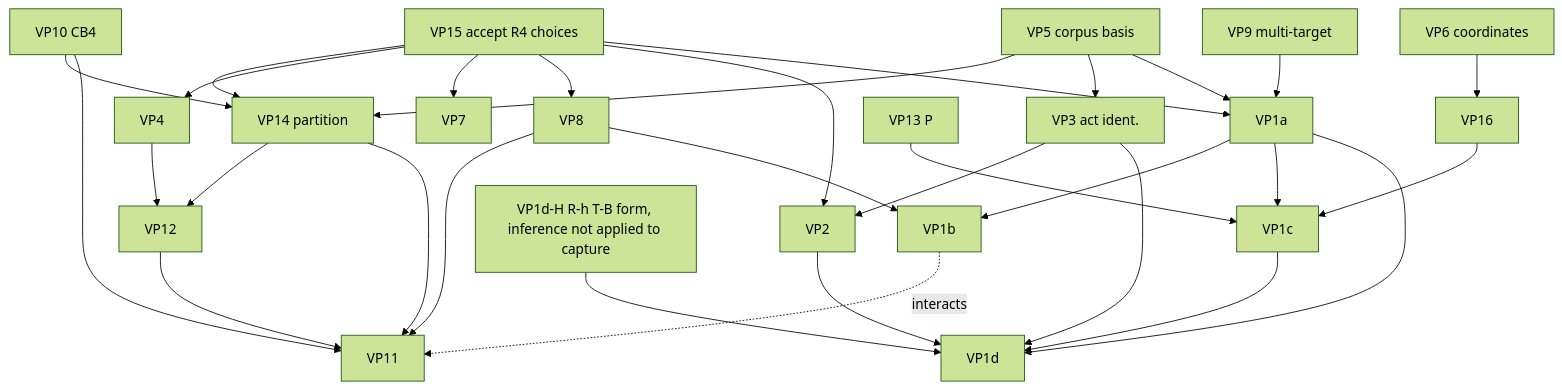
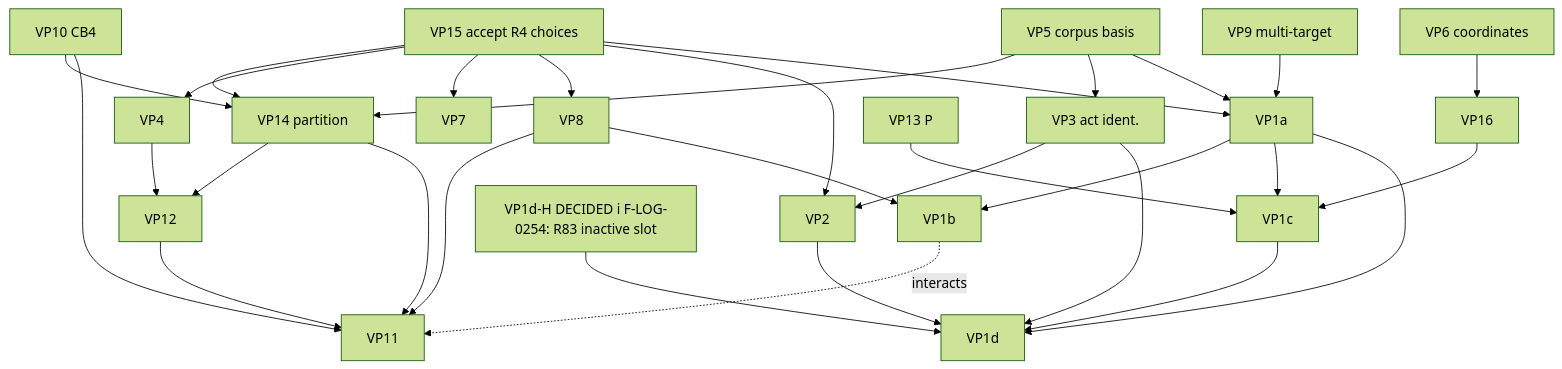
The diagram in docs/knowledgeos/chronological_knowelgeos_ablation_theory/analysis/theory/R7/VP-DECISION-REGISTER.md (dr-roshyara/nrna1), drawn with Mermaid (forest theme) before and after one commit. The commit also changed other lines of this file and 5 other files, not shown here.

First line of the commit message:
exec(knowledgeos): R7 post-closure amendment under F-LOG-0254 (VP1d-H = (i): R83 inactive T-B policy slot) — reviewed PASS; T1 r1.6, T2 r1.4, T3 r1.5, register r1.5, package r4.2

````diff
--- a/docs/knowledgeos/chronological_knowelgeos_ablation_theory/analysis/theory/R7/VP-DECISION-REGISTER.md
+++ b/docs/knowledgeos/chronological_knowelgeos_ablation_theory/analysis/theory/R7/VP-DECISION-REGISTER.md
@@ -78,33 +78,33 @@
 ```mermaid
 graph TD
   VP15[VP15 accept R4 choices] --> VP14
   VP15 --> VP4
   VP15 --> VP7
   VP15 --> VP8
   VP15 --> VP2
   VP15 --> VP1a
   VP5[VP5 corpus basis] --> VP14
   VP5 --> VP3
   VP5 --> VP1a
   VP10[VP10 CB4] --> VP14
   VP14[VP14 partition] --> VP12
   VP4 --> VP12
   VP12 --> VP11
   VP14 --> VP11
   VP8 --> VP11
   VP10 --> VP11
   VP9[VP9 multi-target] --> VP1a
   VP1a --> VP1b
   VP1a --> VP1c
   VP8 --> VP1b
   VP13[VP13 P] --> VP1c
   VP6[VP6 coordinates] --> VP16
   VP16 --> VP1c
   VP3[VP3 act ident.] --> VP2
   VP2 --> VP1d
   VP3 --> VP1d
   VP1a --> VP1d
   VP1c --> VP1d
-  VP1dH[VP1d-H R-h T-B form, inference not applied to capture] --> VP1d
+  VP1dH[VP1d-H DECIDED i F-LOG-0254: R83 inactive slot] --> VP1d
   VP1b -. interacts .-> VP11
 ```
````
